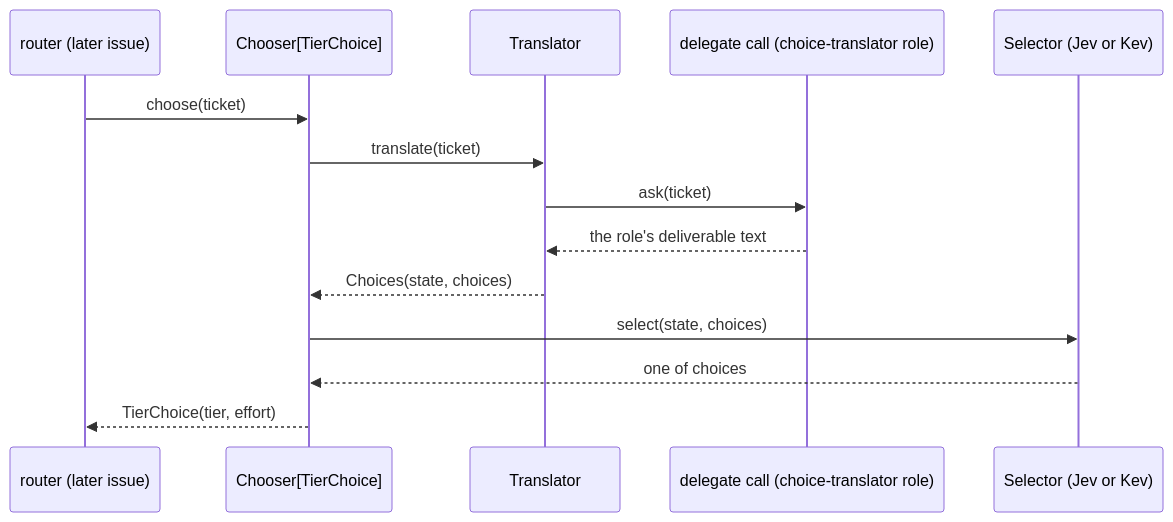
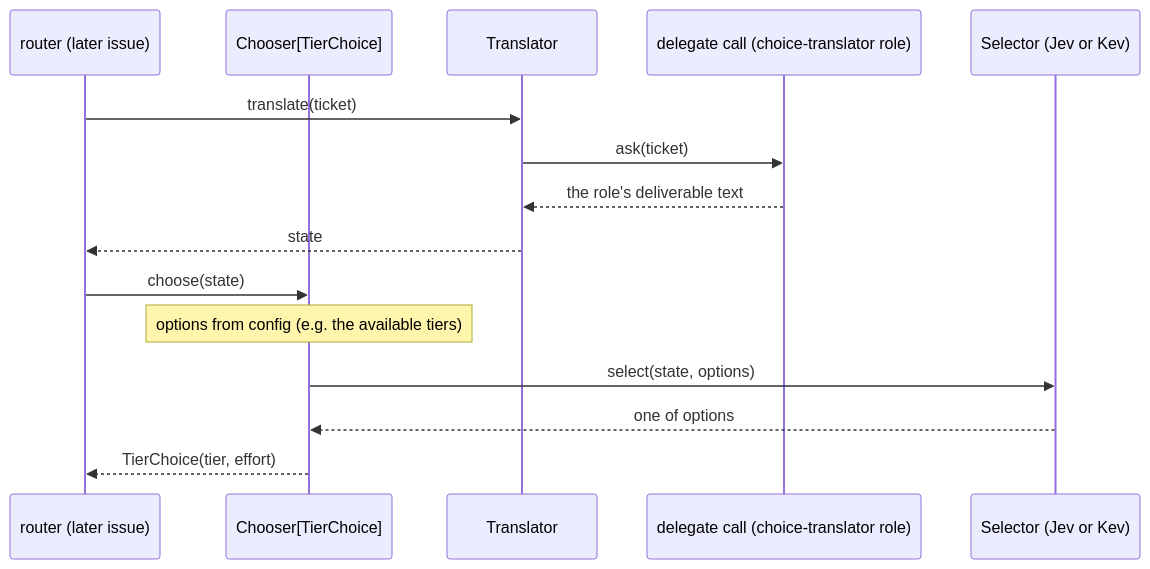
One commit to ophis/agent-pm changed the first of 2 diagrams in .autopilot/router-selector-spec.md. Above: the diagram before and after it, drawn with Mermaid. The commit also changed other lines of this file, not shown here.

Commit message:
TASK-742: spec: Translator returns only the state; each Chooser supplies its own options

````diff
--- a/.autopilot/router-selector-spec.md
+++ b/.autopilot/router-selector-spec.md
@@ -24,16 +24,17 @@
 ```mermaid
 sequenceDiagram
   participant R as router (later issue)
   participant C as Chooser[TierChoice]
   participant T as Translator
   participant D as delegate call (choice-translator role)
   participant S as Selector (Jev or Kev)
-  R->>C: choose(ticket)
-  C->>T: translate(ticket)
+  R->>T: translate(ticket)
   T->>D: ask(ticket)
   D-->>T: the role's deliverable text
-  T-->>C: Choices(state, choices)
-  C->>S: select(state, choices)
-  S-->>C: one of choices
+  T-->>R: state
+  R->>C: choose(state)
+  Note over C: options from config (e.g. the available tiers)
+  C->>S: select(state, options)
+  S-->>C: one of options
   C-->>R: TierChoice(tier, effort)
 ```
````
